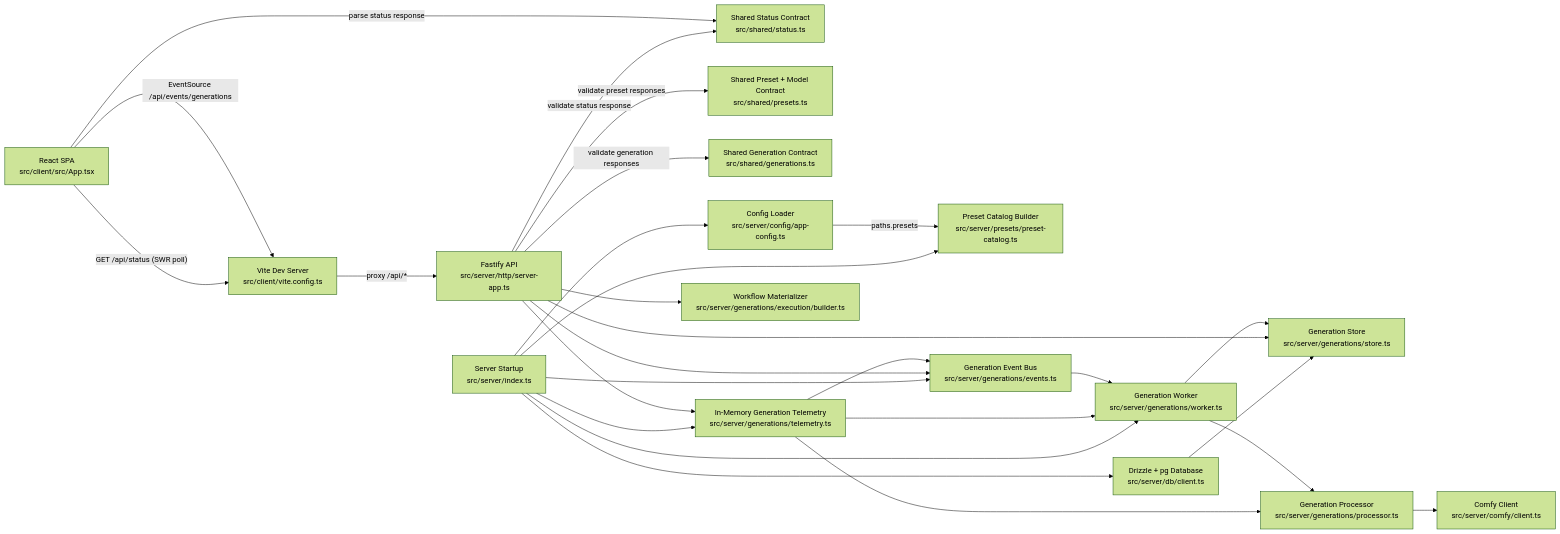
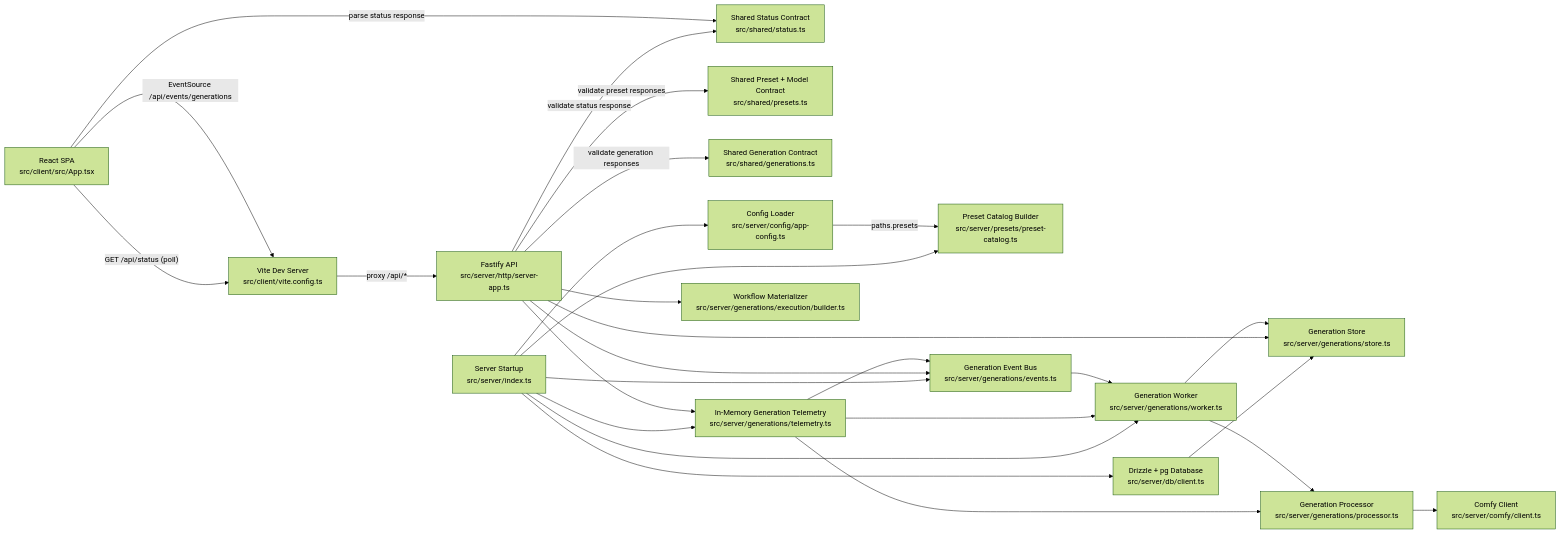
The first of 5 diagrams in docs/architecture.MD (marianban/fuzzy-guacamole), drawn with Mermaid (forest theme) before and after one commit. The commit also changed 17 other files, not shown here.

````diff
--- a/docs/architecture.MD
+++ b/docs/architecture.MD
@@ -7,47 +7,47 @@
 ```mermaid
 flowchart LR
   Browser["React SPA<br/>src/client/src/App.tsx"]
   Vite["Vite Dev Server<br/>src/client/vite.config.ts"]
   API["Fastify API<br/>src/server/http/server-app.ts"]
   SharedStatus["Shared Status Contract<br/>src/shared/status.ts"]
   SharedPresets["Shared Preset + Model Contract<br/>src/shared/presets.ts"]
   SharedGenerations["Shared Generation Contract<br/>src/shared/generations.ts"]
   Startup["Server Startup<br/>src/server/index.ts"]
   Config["Config Loader<br/>src/server/config/app-config.ts"]
   Presets["Preset Catalog Builder<br/>src/server/presets/preset-catalog.ts"]
   Database["Drizzle + pg Database<br/>src/server/db/client.ts"]
   GenerationStore["Generation Store<br/>src/server/generations/store.ts"]
   GenerationEvents["Generation Event Bus<br/>src/server/generations/events.ts"]
   GenerationTelemetry["In-Memory Generation Telemetry<br/>src/server/generations/telemetry.ts"]
   Worker["Generation Worker<br/>src/server/generations/worker.ts"]
   Processor["Generation Processor<br/>src/server/generations/processor.ts"]
   Builder["Workflow Materializer<br/>src/server/generations/execution/builder.ts"]
   Comfy["Comfy Client<br/>src/server/comfy/client.ts"]
 
-  Browser -->|"GET /api/status (SWR poll)"| Vite
+  Browser -->|"GET /api/status (poll)"| Vite
   Browser -->|"EventSource /api/events/generations"| Vite
   Vite -->|"proxy /api/*"| API
   API -->|"validate status response"| SharedStatus
   API -->|"validate preset responses"| SharedPresets
   API -->|"validate generation responses"| SharedGenerations
   Browser -->|"parse status response"| SharedStatus
   Startup --> Config
   Startup --> Presets
   Startup --> Database
   Startup --> GenerationEvents
   Startup --> GenerationTelemetry
   Startup --> Worker
   Config -->|"paths.presets"| Presets
   Database --> GenerationStore
   API --> GenerationStore
   API --> GenerationEvents
   API --> GenerationTelemetry
   API --> Builder
   GenerationTelemetry --> GenerationEvents
   GenerationTelemetry --> Worker
   GenerationTelemetry --> Processor
   GenerationEvents --> Worker
   Worker --> GenerationStore
   Worker --> Processor
   Processor --> Comfy
 ```
````
